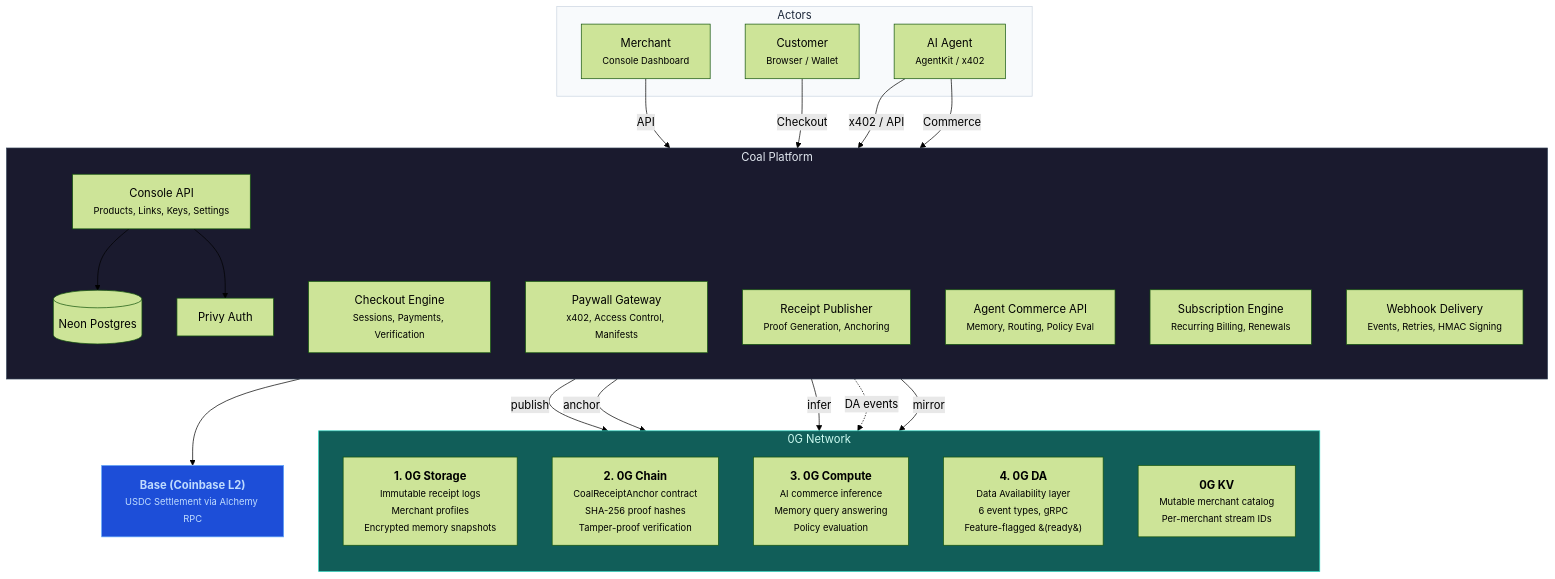
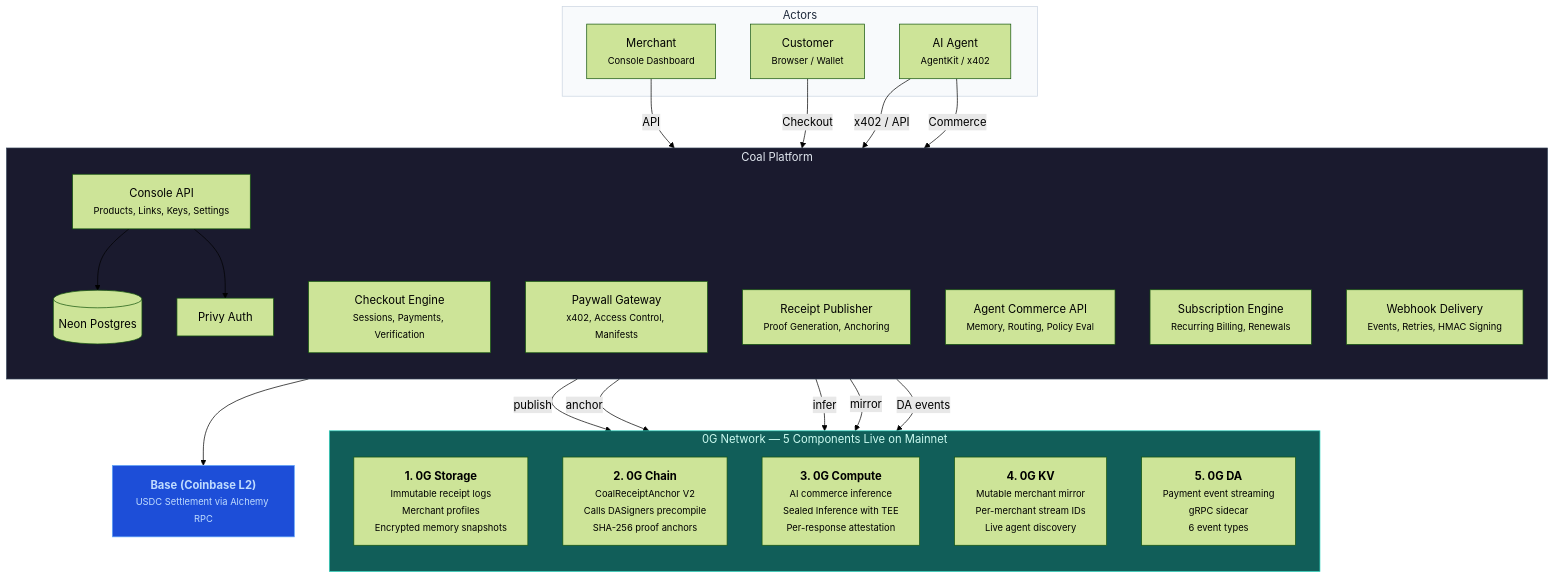
Before and after one commit to emmanuel39hanks/coal: the diagram in README.md, drawn with Mermaid (forest theme). The commit also changed other lines of this file and 2 other files, not shown here.

First line of the commit message:
Add MIT LICENSE + 0G setup guide, update README for 5 mainnet components

````diff
--- a/README.md
+++ b/README.md
@@ -58,52 +67,52 @@
 ```mermaid
 flowchart TB
     subgraph Actors
         M["Merchant<br/><small>Console Dashboard</small>"]
         C["Customer<br/><small>Browser / Wallet</small>"]
         AG["AI Agent<br/><small>AgentKit / x402</small>"]
     end
 
     subgraph Coal["Coal Platform"]
         direction TB
         API["Console API<br/><small>Products, Links, Keys, Settings</small>"]
         CHK["Checkout Engine<br/><small>Sessions, Payments, Verification</small>"]
         PW["Paywall Gateway<br/><small>x402, Access Control, Manifests</small>"]
         RP["Receipt Publisher<br/><small>Proof Generation, Anchoring</small>"]
         ACI["Agent Commerce API<br/><small>Memory, Routing, Policy Eval</small>"]
         SUB["Subscription Engine<br/><small>Recurring Billing, Renewals</small>"]
         WH["Webhook Delivery<br/><small>Events, Retries, HMAC Signing</small>"]
         DB[("Neon Postgres")]
         AUTH["Privy Auth"]
     end
 
-    subgraph ZG["0G Network"]
+    subgraph ZG["0G Network — 5 Components Live on Mainnet"]
         direction TB
         ZGS["<b>1. 0G Storage</b><br/><small>Immutable receipt logs<br/>Merchant profiles<br/>Encrypted memory snapshots</small>"]
-        ZGC["<b>2. 0G Chain</b><br/><small>CoalReceiptAnchor contract<br/>SHA-256 proof hashes<br/>Tamper-proof verification</small>"]
-        ZGX["<b>3. 0G Compute</b><br/><small>AI commerce inference<br/>Memory query answering<br/>Policy evaluation</small>"]
-        ZGD["<b>4. 0G DA</b><br/><small>Data Availability layer<br/>6 event types, gRPC<br/>Feature-flagged &#40;ready&#41;</small>"]
-        ZGK["<b>0G KV</b><br/><small>Mutable merchant catalog<br/>Per-merchant stream IDs</small>"]
+        ZGC["<b>2. 0G Chain</b><br/><small>CoalReceiptAnchor V2<br/>Calls DASigners precompile<br/>SHA-256 proof anchors</small>"]
+        ZGX["<b>3. 0G Compute</b><br/><small>AI commerce inference<br/>Sealed Inference with TEE<br/>Per-response attestation</small>"]
+        ZGK["<b>4. 0G KV</b><br/><small>Mutable merchant mirror<br/>Per-merchant stream IDs<br/>Live agent discovery</small>"]
+        ZGD["<b>5. 0G DA</b><br/><small>Payment event streaming<br/>gRPC sidecar<br/>6 event types</small>"]
     end
 
     BASE["<b>Base (Coinbase L2)</b><br/><small>USDC Settlement via Alchemy RPC</small>"]
 
     M -->|API| API
     C -->|Checkout| CHK
     AG -->|x402 / API| PW
     AG -->|Commerce| ACI
 
     RP -->|publish| ZGS
     RP -->|anchor| ZGC
     ACI -->|infer| ZGX
-    RP -.->|DA events| ZGD
     API -->|mirror| ZGK
+    RP -->|DA events| ZGD
 
     CHK --> BASE
     API --> DB
     API --> AUTH
 
     style Coal fill:#1a1a2e,stroke:#334155,color:#e2e8f0
     style ZG fill:#115e59,stroke:#2dd4bf,color:#ccfbf1
     style BASE fill:#1d4ed8,stroke:#60a5fa,color:#bfdbfe
     style Actors fill:#f8fafc,stroke:#cbd5e1,color:#1e293b
 ```
````
